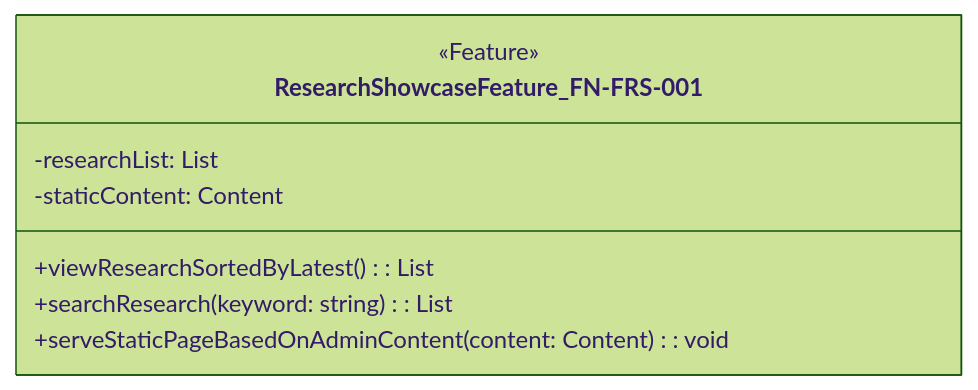
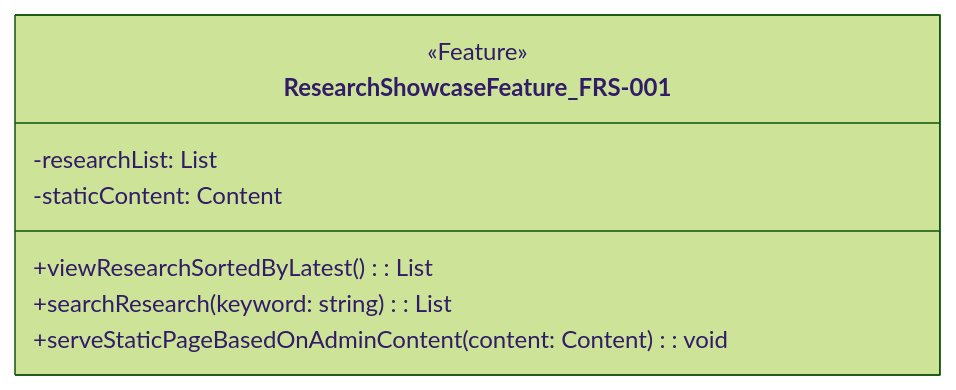
One commit to sun922/University-SoftwareDesign changed the ninth of 10 diagrams in 2. Design/Software Design Documents.md. Above: the diagram before and after it, drawn with Mermaid (forest theme). The commit also changed other lines of this file, not shown here.

````diff
--- a/2. Design/Software Design Documents.md
+++ b/2. Design/Software Design Documents.md
@@ -815,12 +815,12 @@
 ```mermaid
 classDiagram
-class ResearchShowcaseFeature_FN-FRS-001 {
+class ResearchShowcaseFeature_FRS-001 {
         <<Feature>>
         -researchList: List
         -staticContent: Content
 
         +viewResearchSortedByLatest(): List
         +searchResearch(keyword: string): List
         +serveStaticPageBasedOnAdminContent(content: Content): void
     }
 ```
````
